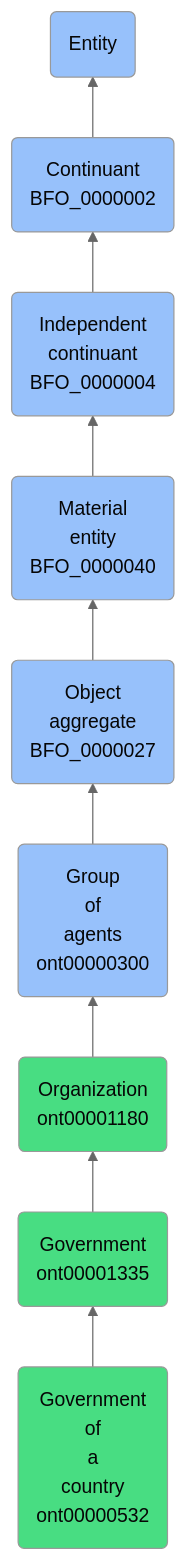
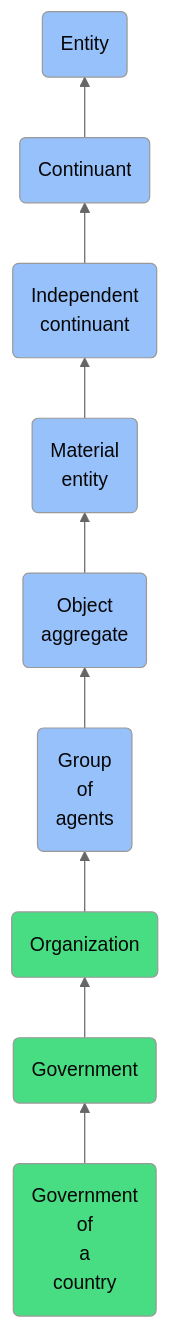
One commit to jupyter-naas/abi changed the diagram in docs/ontology/reference/model/Entity/Continuant/Independent continuant/Material entity/Object aggregate/Group of agents/Organization/Government/Government of a country/Government of a country.md. Above: the diagram before and after it, drawn with Mermaid (neutral theme). The commit also changed other lines of this file and 1430 other files, not shown here.

````diff
--- a/docs/ontology/reference/model/Entity/Continuant/Independent continuant/Material entity/Object aggregate/Group of agents/Organization/Government/Government of a country/Government of a country.md
+++ b/docs/ontology/reference/model/Entity/Continuant/Independent continuant/Material entity/Object aggregate/Group of agents/Organization/Government/Government of a country/Government of a country.md
@@ -24,16 +24,16 @@
 ```mermaid
 graph BT
-    ont00000532(Government<br>of<br>a<br>country<br>ont00000532):::ABI-->ont00001335
-    ont00001335(Government<br>ont00001335):::ABI-->ont00001180
-    ont00001180(Organization<br>ont00001180):::ABI-->ont00000300
-    ont00000300(Group<br>of<br>agents<br>ont00000300):::BFO-->BFO_0000027
-    BFO_0000027(Object<br>aggregate<br>BFO_0000027):::BFO-->BFO_0000040
-    BFO_0000040(Material<br>entity<br>BFO_0000040):::BFO-->BFO_0000004
-    BFO_0000004(Independent<br>continuant<br>BFO_0000004):::BFO-->BFO_0000002
-    BFO_0000002(Continuant<br>BFO_0000002):::BFO-->BFO_0000001
+    ont00000532(Government<br>of<br>a<br>country):::ABI-->ont00001335
+    ont00001335(Government):::ABI-->ont00001180
+    ont00001180(Organization):::ABI-->ont00000300
+    ont00000300(Group<br>of<br>agents):::BFO-->BFO_0000027
+    BFO_0000027(Object<br>aggregate):::BFO-->BFO_0000040
+    BFO_0000040(Material<br>entity):::BFO-->BFO_0000004
+    BFO_0000004(Independent<br>continuant):::BFO-->BFO_0000002
+    BFO_0000002(Continuant):::BFO-->BFO_0000001
     BFO_0000001(Entity):::BFO
     
     classDef BFO fill:#97c1fb,color:#060606
     classDef CCO fill:#e4c51e,color:#060606
     classDef ABI fill:#48DD82,color:#060606
 ```
````
